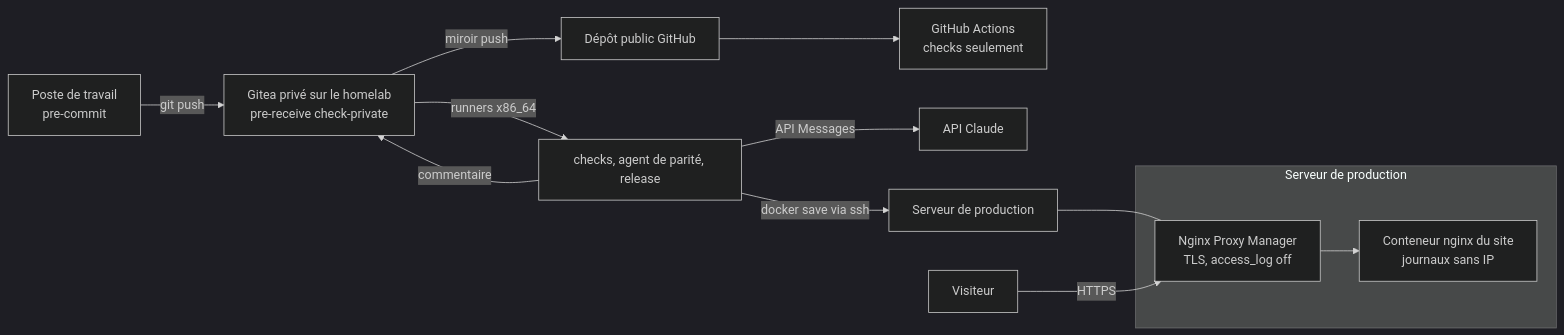
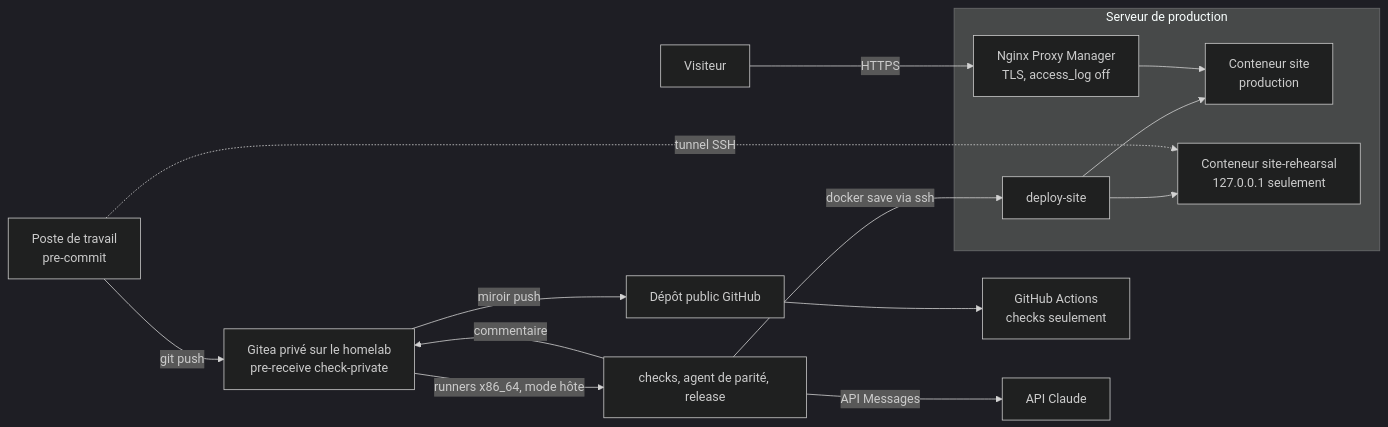
One commit to Eleyone/eleyone.fr changed the third of 3 diagrams in _bmad-output/planning-artifacts/architecture/architecture-eleyone.fr-2026-09-13/ARCHITECTURE-SPINE.md. Above: the diagram before and after it, drawn with Mermaid (dark theme). The commit also changed other lines of this file and 14 other files, not shown here.

````diff
--- a/_bmad-output/planning-artifacts/architecture/architecture-eleyone.fr-2026-09-13/ARCHITECTURE-SPINE.md
+++ b/_bmad-output/planning-artifacts/architecture/architecture-eleyone.fr-2026-09-13/ARCHITECTURE-SPINE.md
@@ -489,15 +687,17 @@
 ```mermaid
 flowchart LR
   DEV["Poste de travail<br/>pre-commit"] -->|git push| GITEA["Gitea privé sur le homelab<br/>pre-receive check-private"]
-  GITEA -->|runners x86_64| GCI["checks, agent de parité, release"]
+  GITEA -->|runners x86_64, mode hôte| GCI["checks, agent de parité, release"]
   GITEA -->|miroir push| GH["Dépôt public GitHub"]
   GH --> GHA["GitHub Actions<br/>checks seulement"]
   GCI -->|API Messages| API["API Claude"]
   GCI -->|commentaire| GITEA
-  GCI -->|docker save via ssh| PROD["Serveur de production"]
+  GCI -->|docker save via ssh| DS["deploy-site"]
   subgraph PROD_BOX[Serveur de production]
-    NPM["Nginx Proxy Manager<br/>TLS, access_log off"] --> SITE["Conteneur nginx du site<br/>journaux sans IP"]
+    DS --> SITE["Conteneur site<br/>production"]
+    DS --> REH["Conteneur site-rehearsal<br/>127.0.0.1 seulement"]
+    NPM["Nginx Proxy Manager<br/>TLS, access_log off"] --> SITE
   end
-  PROD --- NPM
   VIS["Visiteur"] -->|HTTPS| NPM
+  DEV -.->|tunnel SSH| REH
 ```
````
